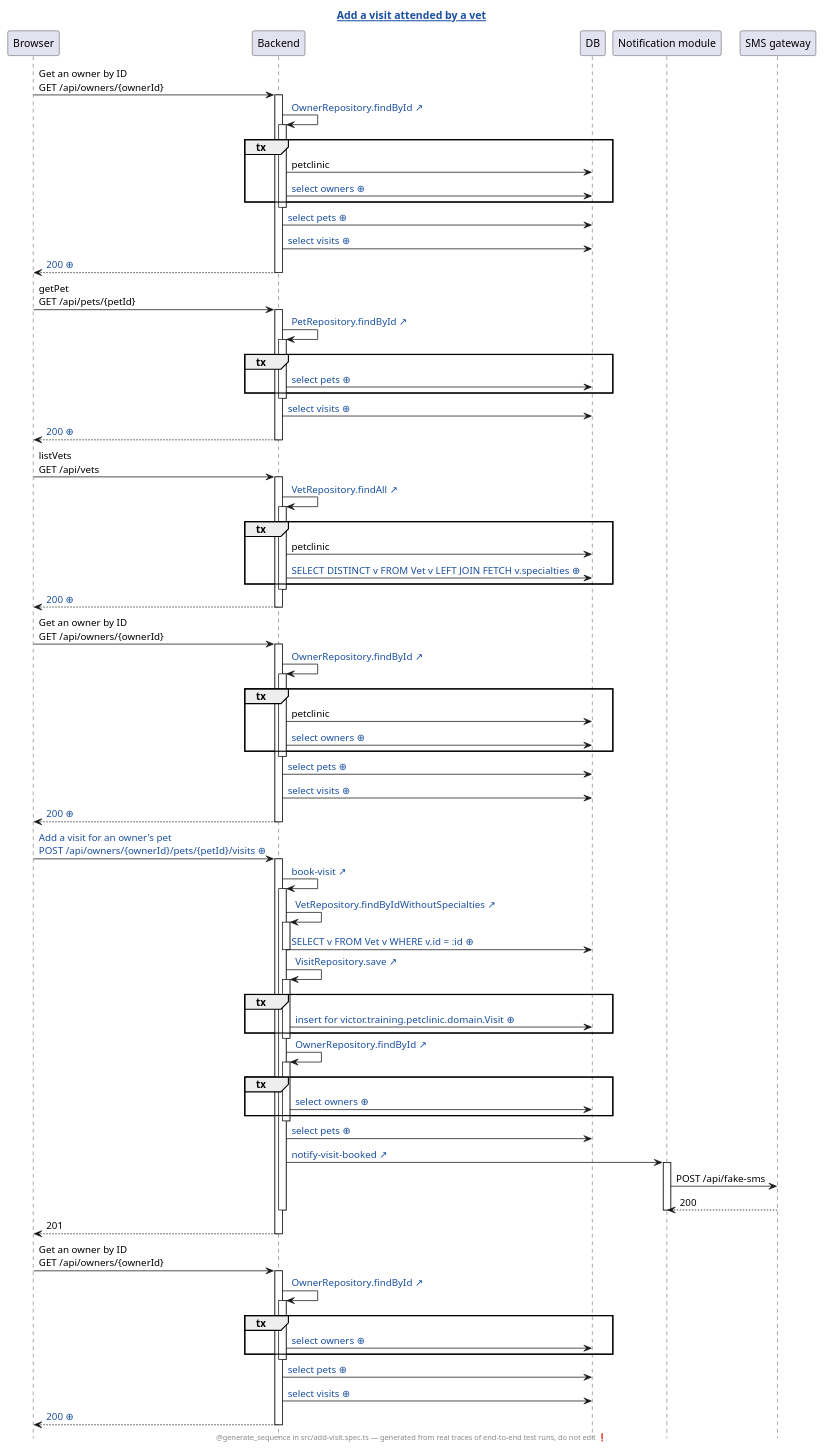
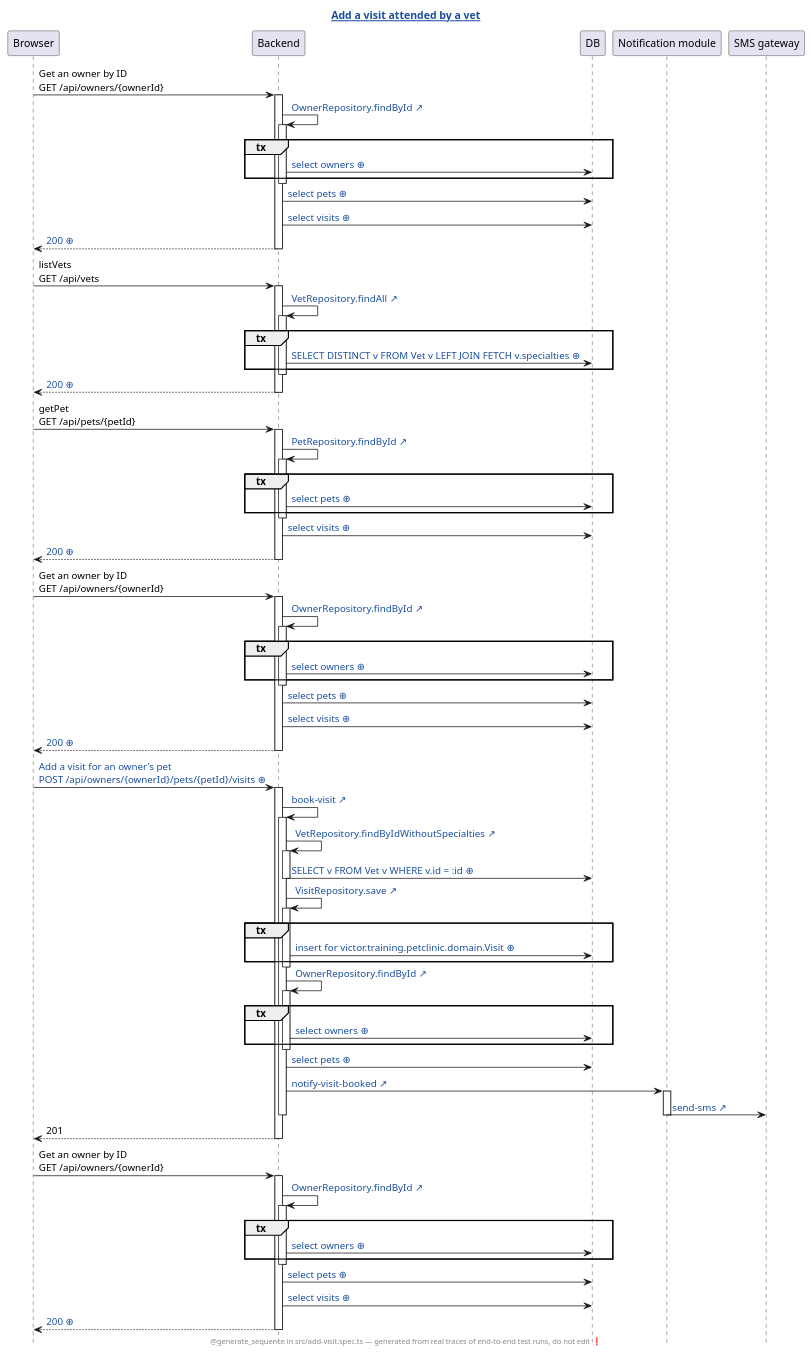
Before and after one commit to victorrentea/petclinic: the diagram in petclinic-test/generated/add-visit.spec.ts.add-a-visit-attended-by-a-vet.genseq.puml, drawn with PlantUML. The commit also changed 9 other files, not shown here.

First line of the commit message:
Redraw the sequences without the empty JDBC arrows

```diff
--- a/petclinic-test/generated/add-visit.spec.ts.add-a-visit-attended-by-a-vet.genseq.puml
+++ b/petclinic-test/generated/add-visit.spec.ts.add-a-visit-attended-by-a-vet.genseq.puml
@@ -1,102 +1,98 @@
 @startuml
 ' ⚠️  GENERATED FILE — DO NOT EDIT. Every edit is lost on the next run.
 hide footbox
 skinparam hyperlinkUnderline false
 skinparam hyperlinkColor #1A4FA0
 title [[src://petclinic-test/src/add-visit.spec.ts:51{Click to open the test} Add a visit attended by a vet]]
 footer @generate_sequence in src/add-visit.spec.ts — generated from real traces of end-to-end test runs, do not edit ❗
 participant Browser
 participant Backend
 participant DB
 participant "Notification module"
 participant "SMS gateway"
 Browser -> Backend: Get an owner by ID\nGET /api/owners/{ownerId}
 activate Backend
 Backend -> Backend: [[src://petclinic-backend/src/main/java/victor/training/petclinic/repository/OwnerRepository.java:14{Click to open OwnerRepository.findById} OwnerRepository.findById ↗]]
 activate Backend
 group tx
-Backend -> DB: petclinic
 Backend -> DB: [[genseq://0x8aana{Click for the statement behind this call} select owners ⊕]]
 end
 deactivate Backend
 Backend -> DB: [[genseq://18567ho{Click for the statement behind this call} select pets ⊕]]
 Backend -> DB: [[genseq://1eq1h2q{Click for the statement behind this call} select visits ⊕]]
-Backend --> Browser: [[genseq://1eknq1r{Click for this call’s JSON body} 200 ⊕]]
+Backend --> Browser: [[genseq://0tvg3tn{Click for this call’s JSON body} 200 ⊕]]
+deactivate Backend
+Browser -> Backend: listVets\nGET /api/vets
+activate Backend
+Backend -> Backend: [[src://petclinic-backend/src/main/java/victor/training/petclinic/repository/VetRepository.java:12{Click to open VetRepository.findAll} VetRepository.findAll ↗]]
+activate Backend
+group tx
+Backend -> DB: [[genseq://0p6yxbc{Click for the statement behind this call} SELECT DISTINCT v FROM Vet v LEFT JOIN FETCH v.specialties ⊕]]
+end
+deactivate Backend
+Backend --> Browser: [[genseq://1nmg2oo{Click for this call’s JSON body} 200 ⊕]]
 deactivate Backend
 Browser -> Backend: getPet\nGET /api/pets/{petId}
 activate Backend
 Backend -> Backend: [[src://petclinic-backend/src/main/java/victor/training/petclinic/repository/PetRepository.java:16{Click to open PetRepository.findById} PetRepository.findById ↗]]
 activate Backend
 group tx
 Backend -> DB: [[genseq://0y7w2ps{Click for the statement behind this call} select pets ⊕]]
 end
 deactivate Backend
 Backend -> DB: [[genseq://1eq1h2q{Click for the statement behind this call} select visits ⊕]]
-Backend --> Browser: [[genseq://12z0d6p{Click for this call’s JSON body} 200 ⊕]]
-deactivate Backend
-Browser -> Backend: listVets\nGET /api/vets
-activate Backend
-Backend -> Backend: [[src://petclinic-backend/src/main/java/victor/training/petclinic/repository/VetRepository.java:12{Click to open VetRepository.findAll} VetRepository.findAll ↗]]
-activate Backend
-group tx
-Backend -> DB: petclinic
-Backend -> DB: [[genseq://0p6yxbc{Click for the statement behind this call} SELECT DISTINCT v FROM Vet v LEFT JOIN FETCH v.specialties ⊕]]
-end
-deactivate Backend
-Backend --> Browser: [[genseq://1nmg2oo{Click for this call’s JSON body} 200 ⊕]]
+Backend --> Browser: [[genseq://0ts0dcp{Click for this call’s JSON body} 200 ⊕]]
 deactivate Backend
 Browser -> Backend: Get an owner by ID\nGET /api/owners/{ownerId}
 activate Backend
 Backend -> Backend: [[src://petclinic-backend/src/main/java/victor/training/petclinic/repository/OwnerRepository.java:14{Click to open OwnerRepository.findById} OwnerRepository.findById ↗]]
 activate Backend
 group tx
-Backend -> DB: petclinic
 Backend -> DB: [[genseq://0x8aana{Click for the statement behind this call} select owners ⊕]]
 end
 deactivate Backend
 Backend -> DB: [[genseq://18567ho{Click for the statement behind this call} select pets ⊕]]
 Backend -> DB: [[genseq://1eq1h2q{Click for the statement behind this call} select visits ⊕]]
-Backend --> Browser: [[genseq://1ybiybr{Click for this call’s JSON body} 200 ⊕]]
+Backend --> Browser: [[genseq://0tvg3tn{Click for this call’s JSON body} 200 ⊕]]
 deactivate Backend
-Browser -> Backend: [[genseq://06gdnz2{Click for this call’s JSON body} Add a visit for an owner's pet\nPOST /api/owners/{ownerId}/pets/{petId}/visits ⊕]]
+Browser -> Backend: [[genseq://07judo6{Click for this call’s JSON body} Add a visit for an owner's pet\nPOST /api/owners/{ownerId}/pets/{petId}/visits ⊕]]
 activate Backend
 Backend -> Backend: [[src://petclinic-backend/src/main/java/victor/training/petclinic/rest/OwnerRestController.java:191{Click to open OwnerRestController.bookVisit} book-visit ↗]]
 activate Backend
 Backend -> Backend: [[src://petclinic-backend/src/main/java/victor/training/petclinic/repository/VetRepository.java:19{Click to open VetRepository.findByIdWithoutSpecialties} VetRepository.findByIdWithoutSpecialties ↗]]
 activate Backend
 Backend -> DB: [[genseq://0exss5m{Click for the statement behind this call} SELECT v FROM Vet v WHERE v.id = :id ⊕]]
 deactivate Backend
 Backend -> Backend: [[src://petclinic-backend/src/main/java/victor/training/petclinic/repository/VisitRepository.java:14{Click to open VisitRepository.save} VisitRepository.save ↗]]
 activate Backend
 group tx
-Backend -> DB: [[genseq://1gs18uw{Click for the statement behind this call} insert for victor.training.petclinic.domain.Visit ⊕]]
+Backend -> DB: [[genseq://0hn35o0{Click for the statement behind this call} insert for victor.training.petclinic.domain.Visit ⊕]]
 end
 deactivate Backend
 Backend -> Backend: [[src://petclinic-backend/src/main/java/victor/training/petclinic/repository/OwnerRepository.java:14{Click to open OwnerRepository.findById} OwnerRepository.findById ↗]]
 activate Backend
 group tx
 Backend -> DB: [[genseq://0x8aana{Click for the statement behind this call} select owners ⊕]]
 end
 deactivate Backend
 Backend -> DB: [[genseq://18567ho{Click for the statement behind this call} select pets ⊕]]
-Backend -> "Notification module": [[src://petclinic-backend/src/main/java/victor/training/petclinic/notification/FakeSmsNotificationSender.java:64{Click to open FakeSmsNotificationSender.visitBooked} notify-visit-booked ↗]]
+Backend -> "Notification module": [[src://petclinic-backend/src/main/java/victor/training/petclinic/notification/FakeSmsNotificationSender.java:45{Click to open FakeSmsNotificationSender.visitBooked} notify-visit-booked ↗]]
 activate "Notification module"
-"Notification module" -> "SMS gateway": POST /api/fake-sms
-"SMS gateway" --> "Notification module": 200
+"Notification module" -> "SMS gateway": [[src://petclinic-backend/src/main/java/victor/training/petclinic/notification/FakeSmsNotificationSender.java:47{Click to open FakeSmsNotificationSender.sendSms} send-sms ↗]]
 deactivate "Notification module"
 deactivate Backend
 Backend --> Browser: 201
 deactivate Backend
 Browser -> Backend: Get an owner by ID\nGET /api/owners/{ownerId}
 activate Backend
 Backend -> Backend: [[src://petclinic-backend/src/main/java/victor/training/petclinic/repository/OwnerRepository.java:14{Click to open OwnerRepository.findById} OwnerRepository.findById ↗]]
 activate Backend
 group tx
 Backend -> DB: [[genseq://0x8aana{Click for the statement behind this call} select owners ⊕]]
 end
 deactivate Backend
 Backend -> DB: [[genseq://18567ho{Click for the statement behind this call} select pets ⊕]]
 Backend -> DB: [[genseq://1eq1h2q{Click for the statement behind this call} select visits ⊕]]
-Backend --> Browser: [[genseq://0uzjn7v{Click for this call’s JSON body} 200 ⊕]]
+Backend --> Browser: [[genseq://0k9x4kf{Click for this call’s JSON body} 200 ⊕]]
 deactivate Backend
 @enduml
```
